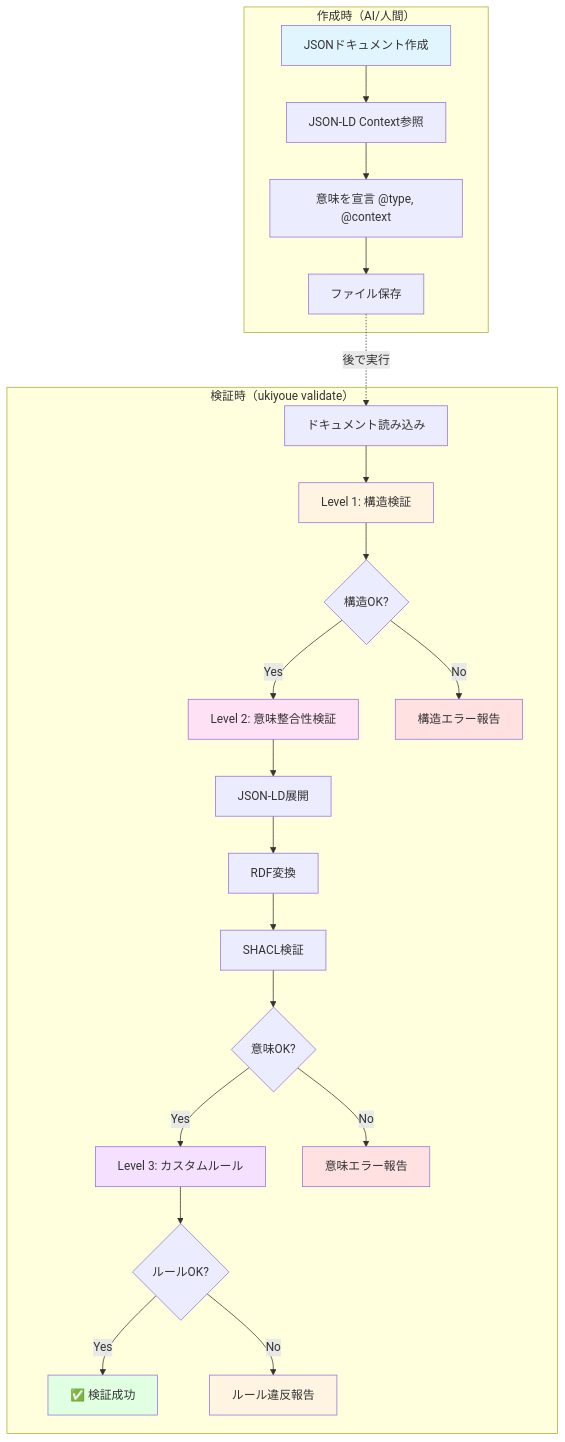
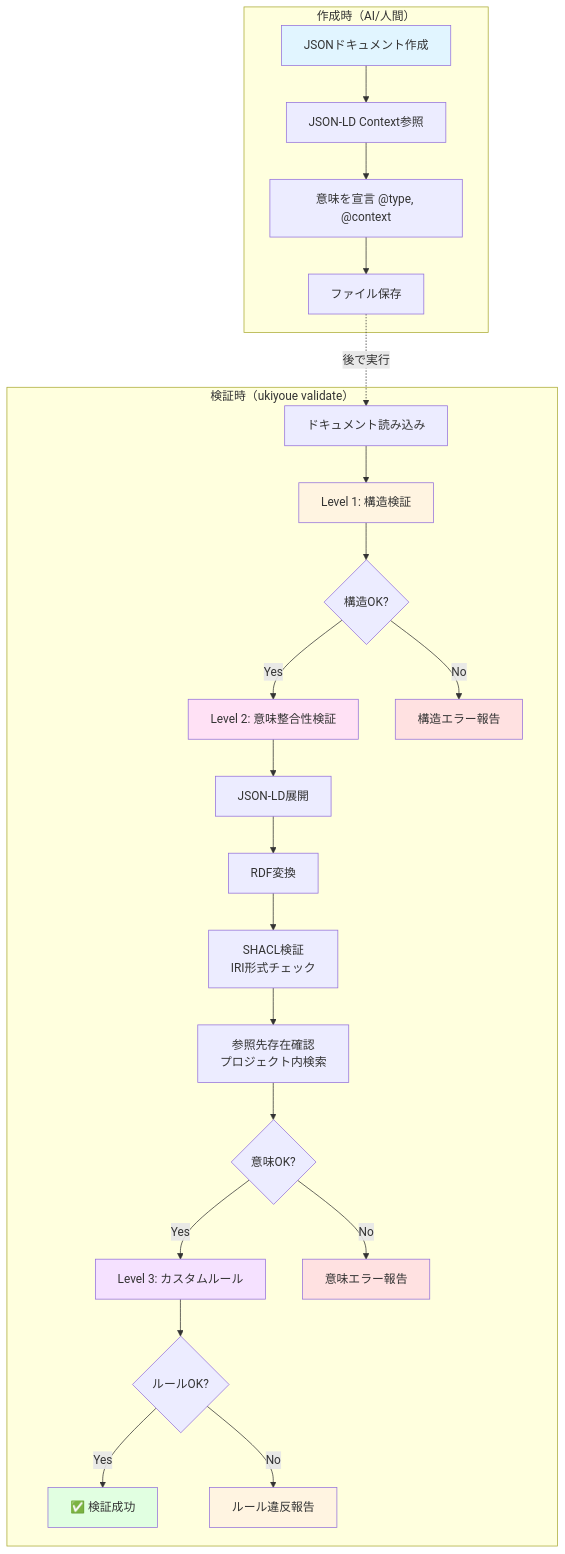
One commit to mahitotsu/ukiyoue changed the third of 4 diagrams in docs/architecture.md. Above: the diagram before and after it, drawn with Mermaid. The commit also changed other lines of this file, not shown here.

````diff
--- a/docs/architecture.md
+++ b/docs/architecture.md
@@ -993,37 +993,38 @@
 ```mermaid
 graph TD
     subgraph "作成時（AI/人間）"
         A1[JSONドキュメント作成] --> A2[JSON-LD Context参照]
         A2 --> A3[意味を宣言 @type, @context]
         A3 --> A4[ファイル保存]
     end
 
     subgraph "検証時（ukiyoue validate）"
         B1[ドキュメント読み込み] --> B2[Level 1: 構造検証]
         B2 --> B3{構造OK?}
         B3 -->|Yes| B4[Level 2: 意味整合性検証]
         B3 -->|No| E1[構造エラー報告]
 
         B4 --> B5[JSON-LD展開]
         B5 --> B6[RDF変換]
-        B6 --> B7[SHACL検証]
-        B7 --> B8{意味OK?}
-        B8 -->|Yes| B9[Level 3: カスタムルール]
-        B8 -->|No| E2[意味エラー報告]
+        B6 --> B7[SHACL検証<br/>IRI形式チェック]
+        B7 --> B8[参照先存在確認<br/>プロジェクト内検索]
+        B8 --> B9{意味OK?}
+        B9 -->|Yes| B10[Level 3: カスタムルール]
+        B9 -->|No| E2[意味エラー報告]
 
-        B9 --> B10{ルールOK?}
-        B10 -->|Yes| R1[✅ 検証成功]
-        B10 -->|No| E3[ルール違反報告]
+        B10 --> B11{ルールOK?}
+        B11 -->|Yes| R1[✅ 検証成功]
+        B11 -->|No| E3[ルール違反報告]
     end
 
     A4 -.->|後で実行| B1
 
     style A1 fill:#e1f5ff
     style B2 fill:#fff4e1
     style B4 fill:#ffe1f5
-    style B9 fill:#f5e1ff
+    style B10 fill:#f5e1ff
     style R1 fill:#e1ffe1
     style E1 fill:#ffe1e1
     style E2 fill:#ffe1e1
     style E3 fill:#fff4e1
 ```
````
